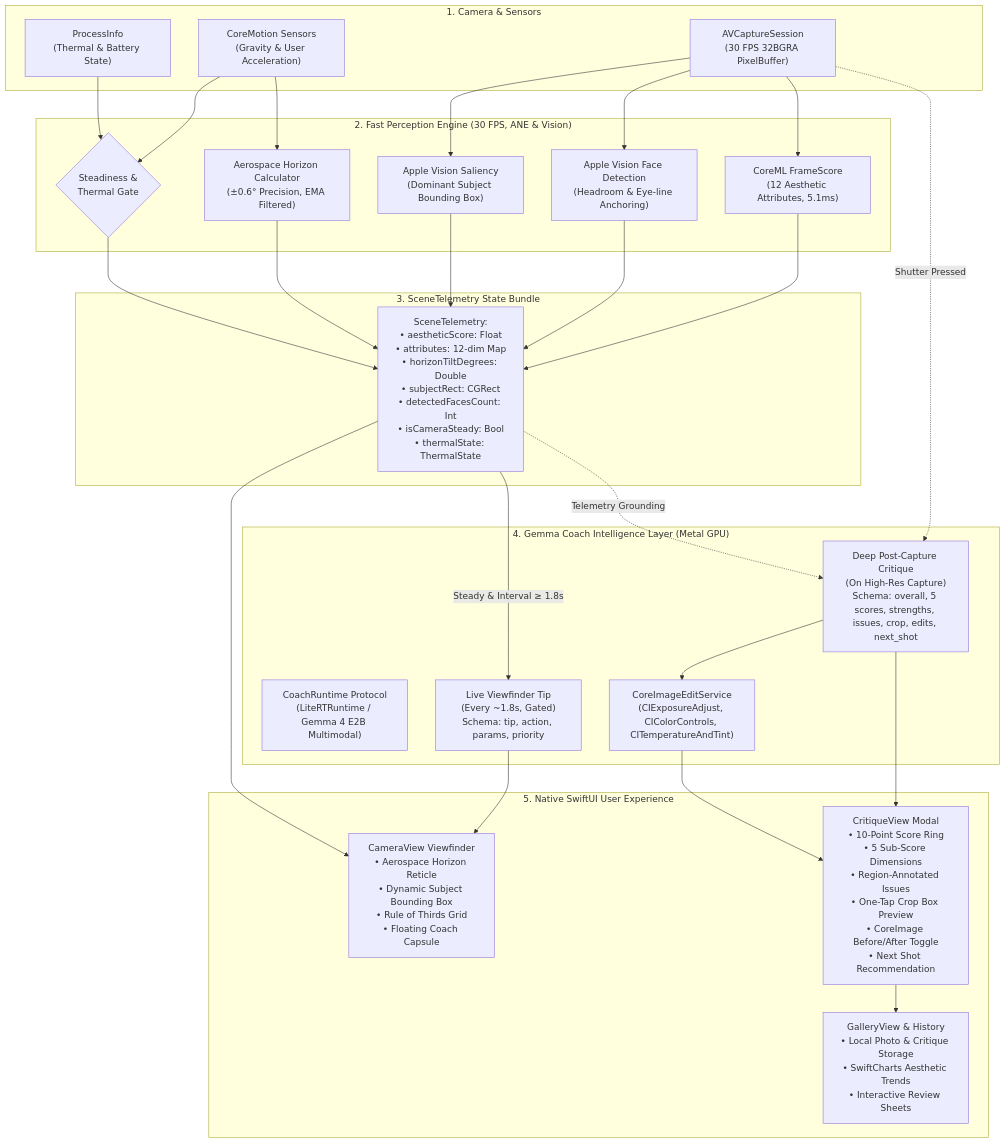
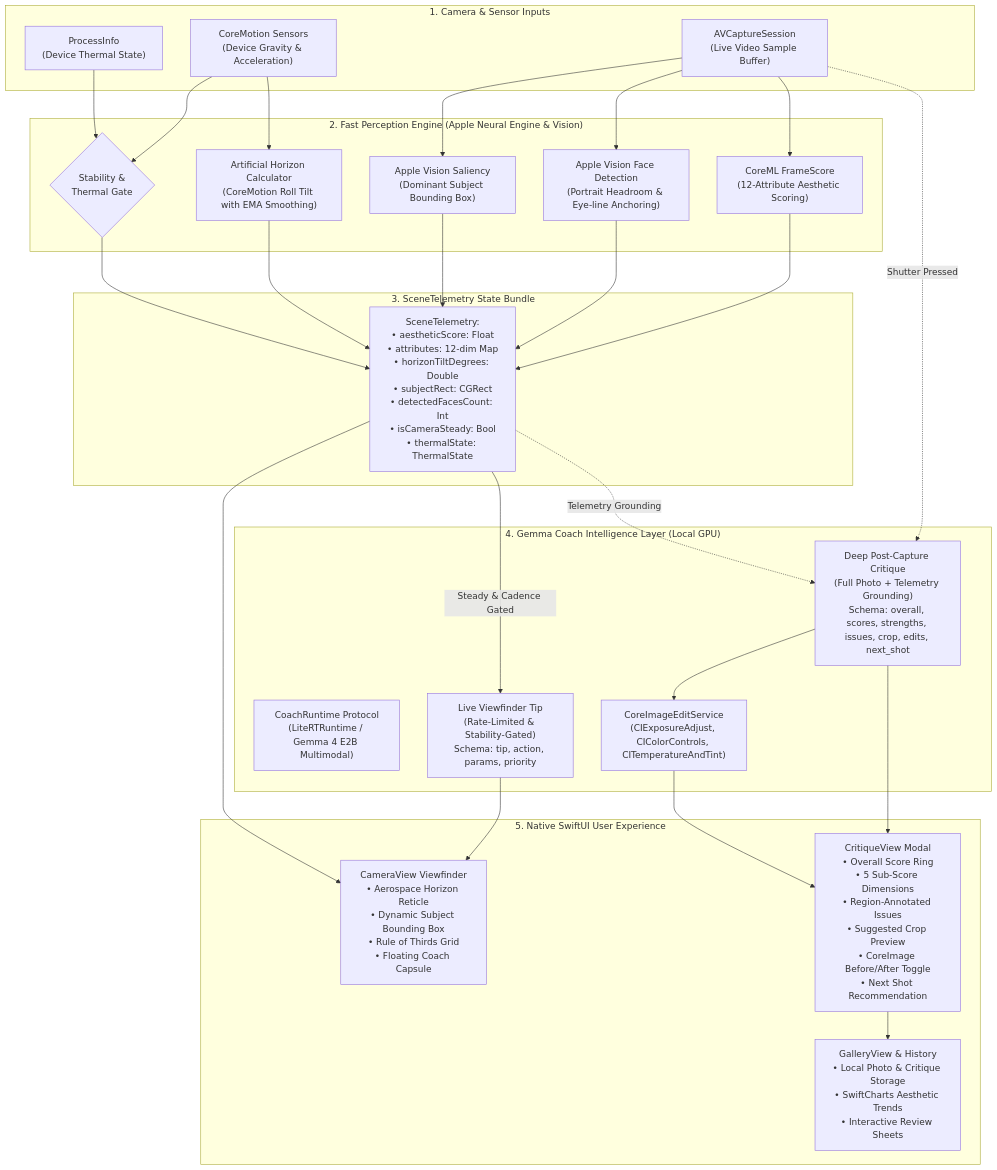
Before and after one commit to VenuArvind/LensCoachV2: the diagram in README.md, drawn with Mermaid. The commit also changed other lines of this file, not shown here.

Commit message:
docs: remove unverified benchmark numbers; reference on-device DiagnosticsManager instrumentation

````diff
--- a/README.md
+++ b/README.md
@@ -9,58 +9,58 @@
 ```mermaid
 flowchart TD
-    subgraph INPUT["1. Camera & Sensors"]
-        CAM["AVCaptureSession<br/>(30 FPS 32BGRA PixelBuffer)"]
-        MOT["CoreMotion Sensors<br/>(Gravity & User Acceleration)"]
-        THERMAL["ProcessInfo<br/>(Thermal & Battery State)"]
+    subgraph INPUT["1. Camera & Sensor Inputs"]
+        CAM["AVCaptureSession<br/>(Live Video Sample Buffer)"]
+        MOT["CoreMotion Sensors<br/>(Device Gravity & Acceleration)"]
+        THERMAL["ProcessInfo<br/>(Device Thermal State)"]
     end
 
-    subgraph FAST["2. Fast Perception Engine (30 FPS, ANE & Vision)"]
-        FS["CoreML FrameScore<br/>(12 Aesthetic Attributes, 5.1ms)"]
-        FACES["Apple Vision Face Detection<br/>(Headroom & Eye-line Anchoring)"]
+    subgraph FAST["2. Fast Perception Engine (Apple Neural Engine & Vision)"]
+        FS["CoreML FrameScore<br/>(12-Attribute Aesthetic Scoring)"]
+        FACES["Apple Vision Face Detection<br/>(Portrait Headroom & Eye-line Anchoring)"]
         SAL["Apple Vision Saliency<br/>(Dominant Subject Bounding Box)"]
-        TILT["Aerospace Horizon Calculator<br/>(±0.6° Precision, EMA Filtered)"]
-        STEADY{"Steadiness &<br/>Thermal Gate"}
+        TILT["Artificial Horizon Calculator<br/>(CoreMotion Roll Tilt with EMA Smoothing)"]
+        STEADY{"Stability &<br/>Thermal Gate"}
     end
 
     subgraph TELEMETRY["3. SceneTelemetry State Bundle"]
         STATE["SceneTelemetry:<br/>• aestheticScore: Float<br/>• attributes: 12-dim Map<br/>• horizonTiltDegrees: Double<br/>• subjectRect: CGRect<br/>• detectedFacesCount: Int<br/>• isCameraSteady: Bool<br/>• thermalState: ThermalState"]
     end
 
-    subgraph COACH["4. Gemma Coach Intelligence Layer (Metal GPU)"]
+    subgraph COACH["4. Gemma Coach Intelligence Layer (Local GPU)"]
         RUNTIME["CoachRuntime Protocol<br/>(LiteRTRuntime / Gemma 4 E2B Multimodal)"]
-        LIVETIP["Live Viewfinder Tip<br/>(Every ~1.8s, Gated)<br/>Schema: tip, action, params, priority"]
-        CRITIQUE["Deep Post-Capture Critique<br/>(On High-Res Capture)<br/>Schema: overall, 5 scores, strengths, issues, crop, edits, next_shot"]
+        LIVETIP["Live Viewfinder Tip<br/>(Rate-Limited & Stability-Gated)<br/>Schema: tip, action, params, priority"]
+        CRITIQUE["Deep Post-Capture Critique<br/>(Full Photo + Telemetry Grounding)<br/>Schema: overall, scores, strengths, issues, crop, edits, next_shot"]
         CI["CoreImageEditService<br/>(CIExposureAdjust, CIColorControls, CITemperatureAndTint)"]
     end
 
     subgraph UI["5. Native SwiftUI User Experience"]
         HUD["CameraView Viewfinder<br/>• Aerospace Horizon Reticle<br/>• Dynamic Subject Bounding Box<br/>• Rule of Thirds Grid<br/>• Floating Coach Capsule"]
-        REVIEW["CritiqueView Modal<br/>• 10-Point Score Ring<br/>• 5 Sub-Score Dimensions<br/>• Region-Annotated Issues<br/>• One-Tap Crop Box Preview<br/>• CoreImage Before/After Toggle<br/>• Next Shot Recommendation"]
+        REVIEW["CritiqueView Modal<br/>• Overall Score Ring<br/>• 5 Sub-Score Dimensions<br/>• Region-Annotated Issues<br/>• Suggested Crop Preview<br/>• CoreImage Before/After Toggle<br/>• Next Shot Recommendation"]
         GALLERY["GalleryView & History<br/>• Local Photo & Critique Storage<br/>• SwiftCharts Aesthetic Trends<br/>• Interactive Review Sheets"]
     end
 
     %% Wiring connections
     CAM --> FS
     CAM --> FACES
     CAM --> SAL
     MOT --> TILT
     MOT --> STEADY
     THERMAL --> STEADY
 
     FS --> STATE
     FACES --> STATE
     SAL --> STATE
     TILT --> STATE
     STEADY --> STATE
 
-    STATE -->|"Steady & Interval ≥ 1.8s"| LIVETIP
+    STATE -->|"Steady & Cadence Gated"| LIVETIP
     LIVETIP --> HUD
     STATE --> HUD
 
     CAM -.->|"Shutter Pressed"| CRITIQUE
     STATE -.->|"Telemetry Grounding"| CRITIQUE
     CRITIQUE --> REVIEW
     CRITIQUE --> CI
     CI --> REVIEW
     REVIEW --> GALLERY
 ```
````
